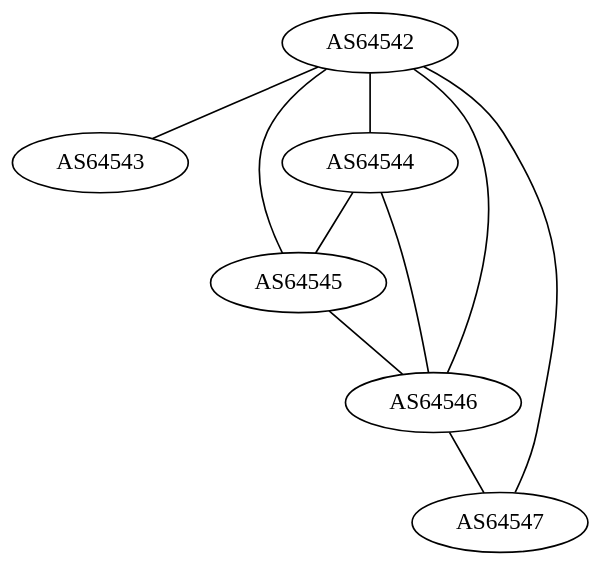
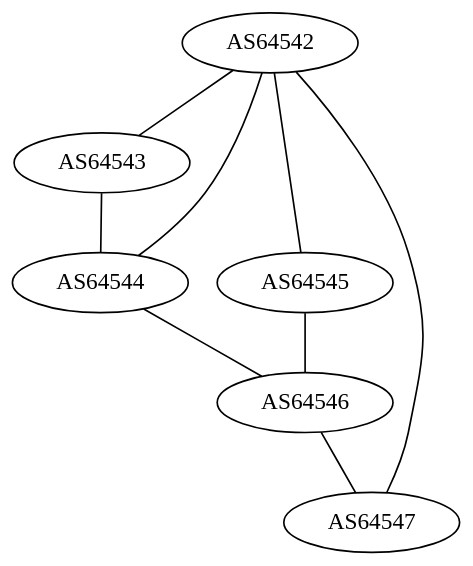
Before and after one commit to GLaNET/resources: the diagram in as-graph.dot, drawn with Graphviz.

Commit message:
Peering update

```diff
--- a/as-graph.dot
+++ b/as-graph.dot
@@ -1,24 +1,24 @@
 graph GLaNET
 {
         edge [len=2];
         graph [bgcolor=transparent]
 
         //AS64540 [shape=box];
         //AS64540 [label="Caribou Route Server\nAS64540"];
         //AS64540 -- AS64542;
         //AS64540 -- AS64544;
         //AS64540 -- AS64543;
 
         AS64542 -- AS64543;
         AS64542 -- AS64544; // [label="1"];
         AS64542 -- AS64545;
-        AS64542 -- AS64546;
         AS64542 -- AS64547;
 
-        AS64544 -- AS64545;
+        AS64543 -- AS64544;
+
         AS64544 -- AS64546;
 
         AS64545 -- AS64546;
 
         AS64546 -- AS64547;
 }
```
